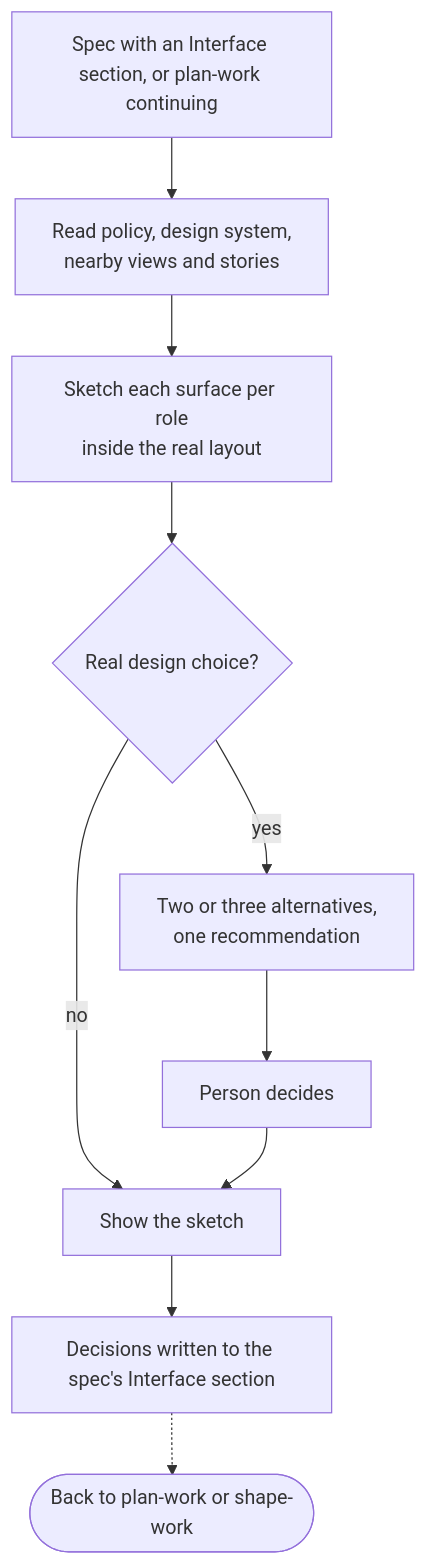
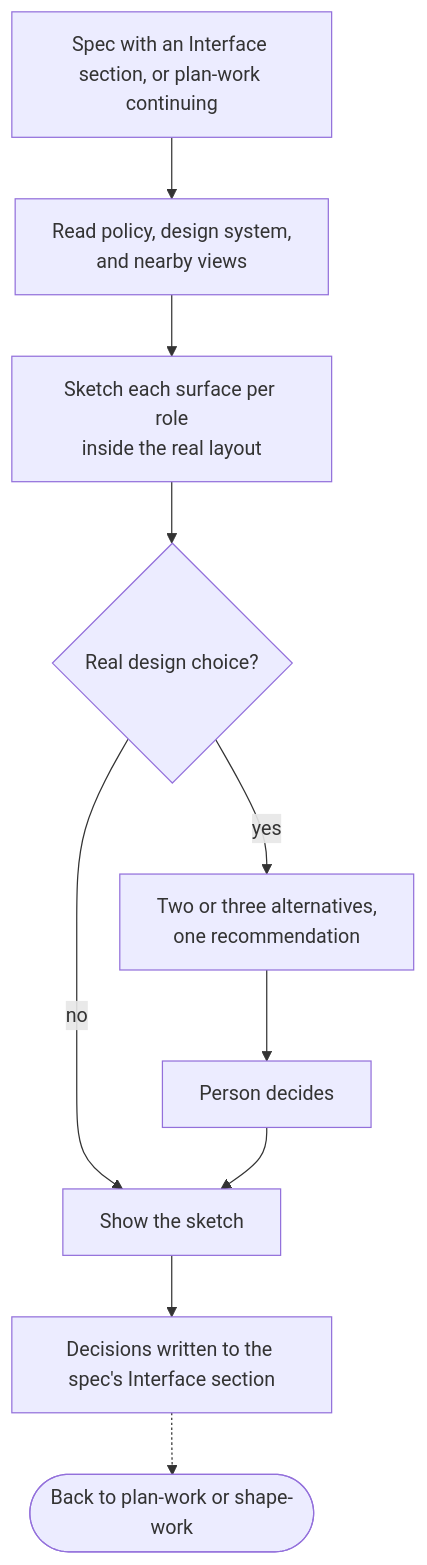
The diagram in docs-site/skills/design-work.md (sockulags/agent-os), drawn with Mermaid before and after one commit. The commit also changed other lines of this file and 21 other files, not shown here.

First line of the commit message:
Let projects choose how design-work sketches

````diff
--- a/docs-site/skills/design-work.md
+++ b/docs-site/skills/design-work.md
@@ -16,12 +15,12 @@
 ```mermaid
 flowchart TD
-    A[Spec with an Interface section, or plan-work continuing] --> B[Read policy, design system,<br>nearby views and stories]
+    A[Spec with an Interface section, or plan-work continuing] --> B[Read policy, design system,<br>and nearby views]
     B --> C[Sketch each surface per role<br>inside the real layout]
     C --> D{Real design choice?}
     D -->|yes| E[Two or three alternatives,<br>one recommendation]
     E --> F[Person decides]
     D -->|no| G[Show the sketch]
     F --> G
     G --> H[Decisions written to the spec's Interface section]
     H -.-> I([Back to plan-work or shape-work])
 ```
````
